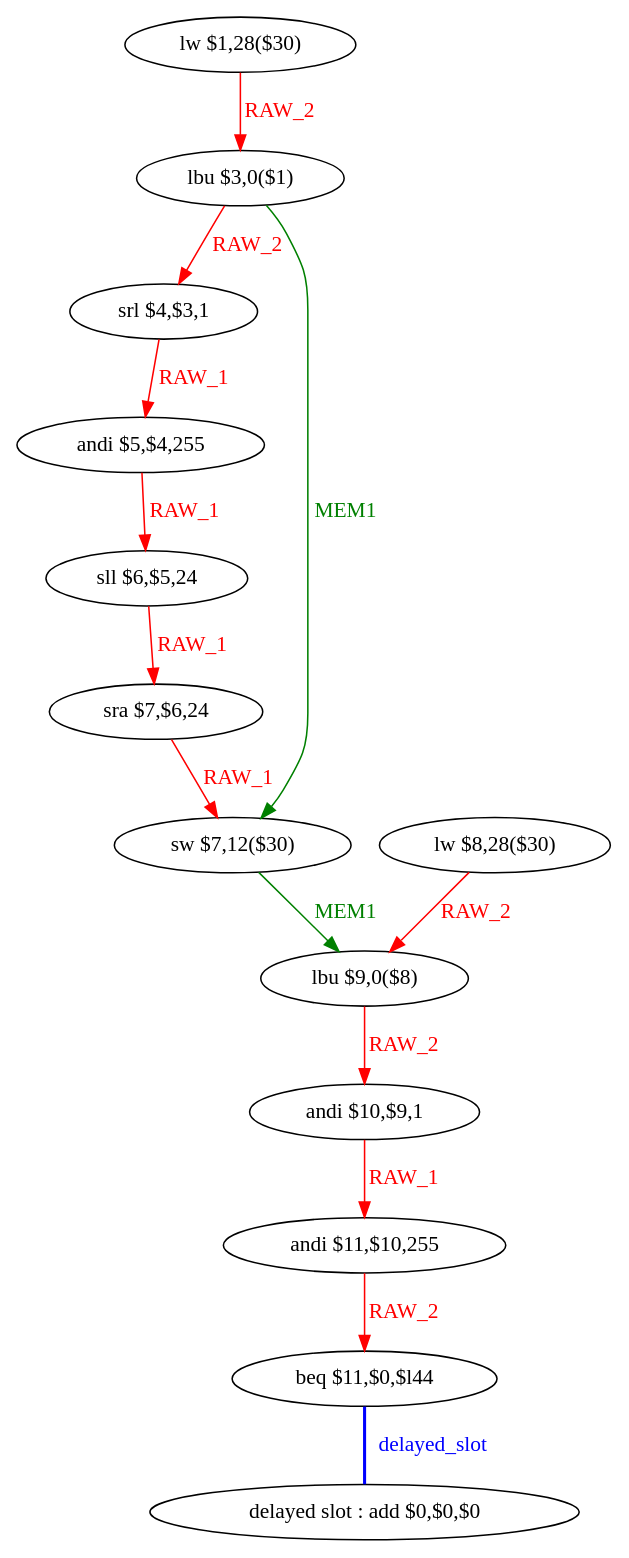
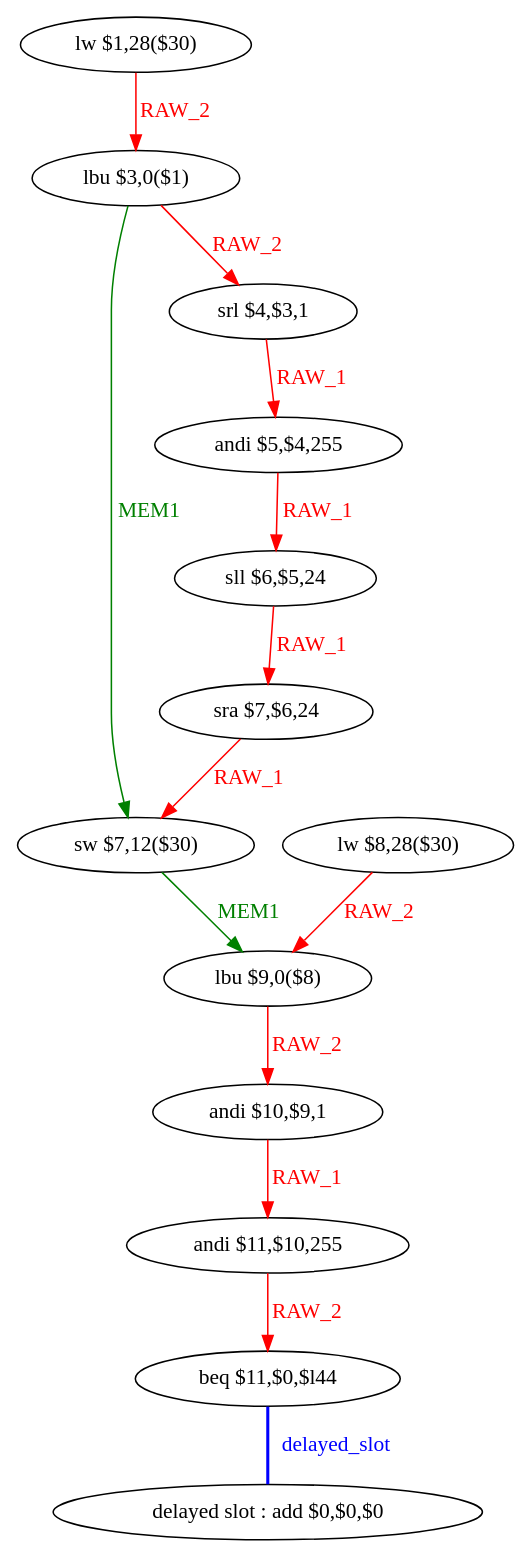
Before and after one commit to lisuxue/CA: the diagram in CoursCA/CodeEtudiant2019/CodeEtudiant/tmp/aes_O0_func_10_dfg_bb6_renamed.dot, drawn with Graphviz. The commit also changed other lines of this file and 169 other files, not shown here.

```diff
--- a/CoursCA/CodeEtudiant2019/CodeEtudiant/tmp/aes_O0_func_10_dfg_bb6_renamed.dot
+++ b/CoursCA/CodeEtudiant2019/CodeEtudiant/tmp/aes_O0_func_10_dfg_bb6_renamed.dot
@@ -1,29 +1,29 @@
 digraph G1 {
 node [shape = ellipse];
 i12 [label = " delayed slot : add $0,$0,$0"] ;
 i11 ->  i12 [style = bold, dir= none, fontcolor = blue, color = blue, label= "delayed_slot"];
 i11 [label = "beq $11,$0,$l44"] ;
 i0 [label = "lw $1,28($30)"] ;
 i0 ->  i1 [color = red, fontcolor = red, label= "RAW_2"];
 i1 [label = "lbu $3,0($1)"] ;
+i1 ->  i6 [color = green, fontcolor = green, label= "MEM1"];
 i1 ->  i2 [color = red, fontcolor = red, label= "RAW_2"];
-i1 ->  i6 [color = green, fontcolor = green, label= "MEM1"];
+i6 [label = "sw $7,12($30)"] ;
+i6 ->  i8 [color = green, fontcolor = green, label= "MEM1"];
+i8 [label = "lbu $9,0($8)"] ;
+i8 ->  i9 [color = red, fontcolor = red, label= "RAW_2"];
+i9 [label = "andi $10,$9,1"] ;
+i9 ->  i10 [color = red, fontcolor = red, label= "RAW_1"];
+i10 [label = "andi $11,$10,255"] ;
+i10 ->  i11 [color = red, fontcolor = red, label= "RAW_2"];
 i2 [label = "srl $4,$3,1"] ;
 i2 ->  i3 [color = red, fontcolor = red, label= "RAW_1"];
 i3 [label = "andi $5,$4,255"] ;
 i3 ->  i4 [color = red, fontcolor = red, label= "RAW_1"];
 i4 [label = "sll $6,$5,24"] ;
 i4 ->  i5 [color = red, fontcolor = red, label= "RAW_1"];
 i5 [label = "sra $7,$6,24"] ;
 i5 ->  i6 [color = red, fontcolor = red, label= "RAW_1"];
-i6 [label = "sw $7,12($30)"] ;
-i6 ->  i8 [color = green, fontcolor = green, label= "MEM1"];
-i8 [label = "lbu $9,0($8)"] ;
-i8 ->  i9 [color = red, fontcolor = red, label= "RAW_2"];
-i9 [label = "andi $10,$9,1"] ;
-i9 ->  i10 [color = red, fontcolor = red, label= "RAW_1"];
-i10 [label = "andi $11,$10,255"] ;
-i10 ->  i11 [color = red, fontcolor = red, label= "RAW_2"];
 i7 [label = "lw $8,28($30)"] ;
 i7 ->  i8 [color = red, fontcolor = red, label= "RAW_2"];
 }
```
